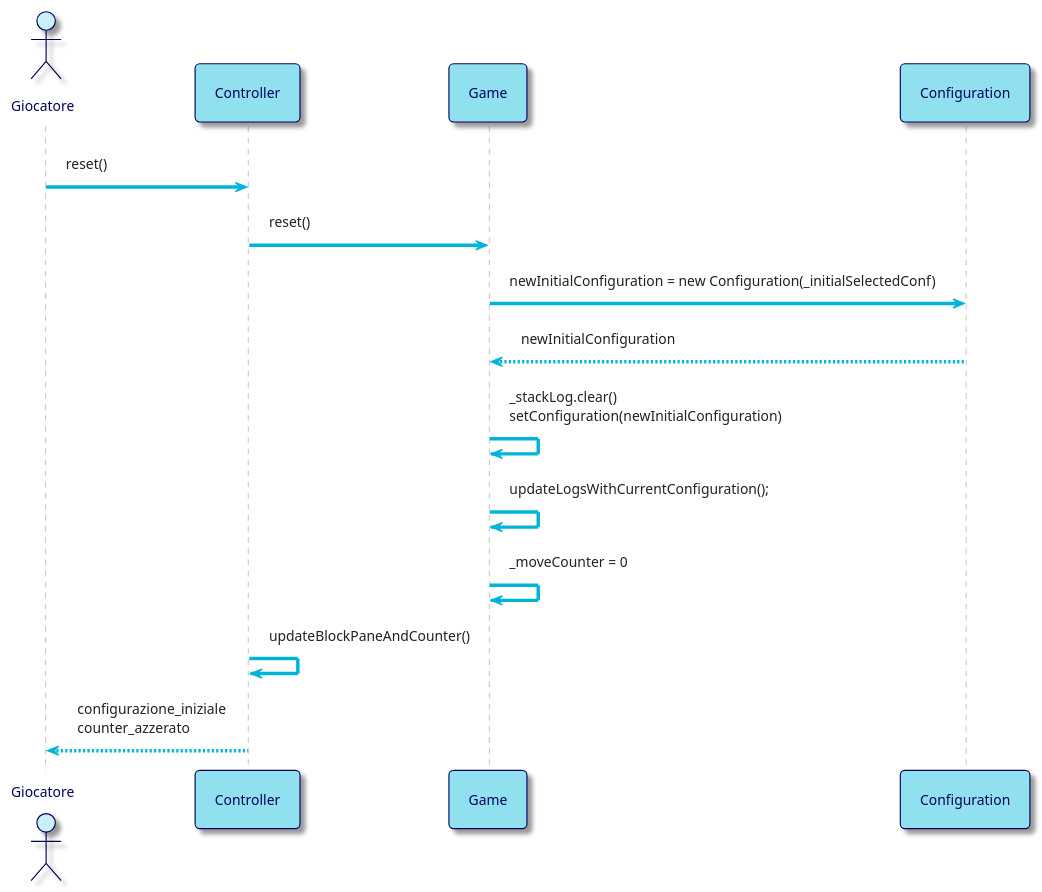
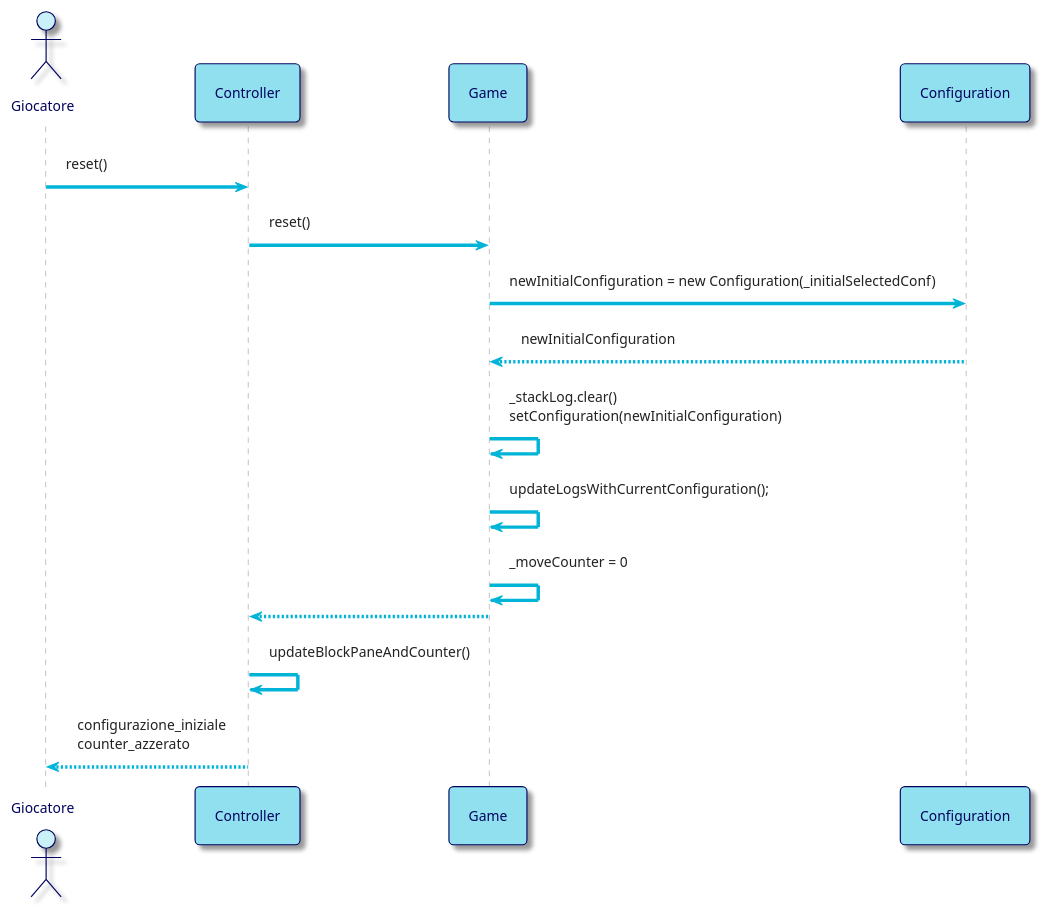
Before and after one commit to bellins14/klotski_gruppo2: the fifth of 6 diagrams in resources/Sequence_Diagrams.md, drawn with PlantUML.

````diff
--- a/resources/Sequence_Diagrams.md
+++ b/resources/Sequence_Diagrams.md
@@ -261,34 +261,35 @@
 ```plantuml
 @startuml
 !theme materia-outline
 
 skinparam ArrowColor #00B4D8
 skinparam ActorBorderColor #03045E
 skinparam ActorFontColor #03045E
 skinparam ActorBackgroundColor #CAF0F8
 skinparam ParticipantFontColor #03045E
 skinparam ParticipantBorderColor #03045E
 skinparam ParticipantBackgroundColor #90E0EF
 skinparam DatabaseBorderColor #03045E
 skinparam DatabaseBackgroundColor #00B4D8
 skinparam DatabaseFontColor #03045E
 skinparam BackgroundColor #FFFFFF
 
 actor Giocatore 
 participant Controller
 participant Game
 
 
 Giocatore -> Controller: reset()
 Controller -> Game: reset()
 
 Game -> Configuration: newInitialConfiguration = new Configuration(_initialSelectedConf)
 Configuration --> Game: newInitialConfiguration
 Game -> Game: _stackLog.clear() \nsetConfiguration(newInitialConfiguration)
 Game -> Game: updateLogsWithCurrentConfiguration();
 Game -> Game: _moveCounter = 0 
+Game --> Controller
 Controller -> Controller: updateBlockPaneAndCounter()
 Controller --> Giocatore: configurazione_iniziale \ncounter_azzerato
 
 @enduml
 ```
````
